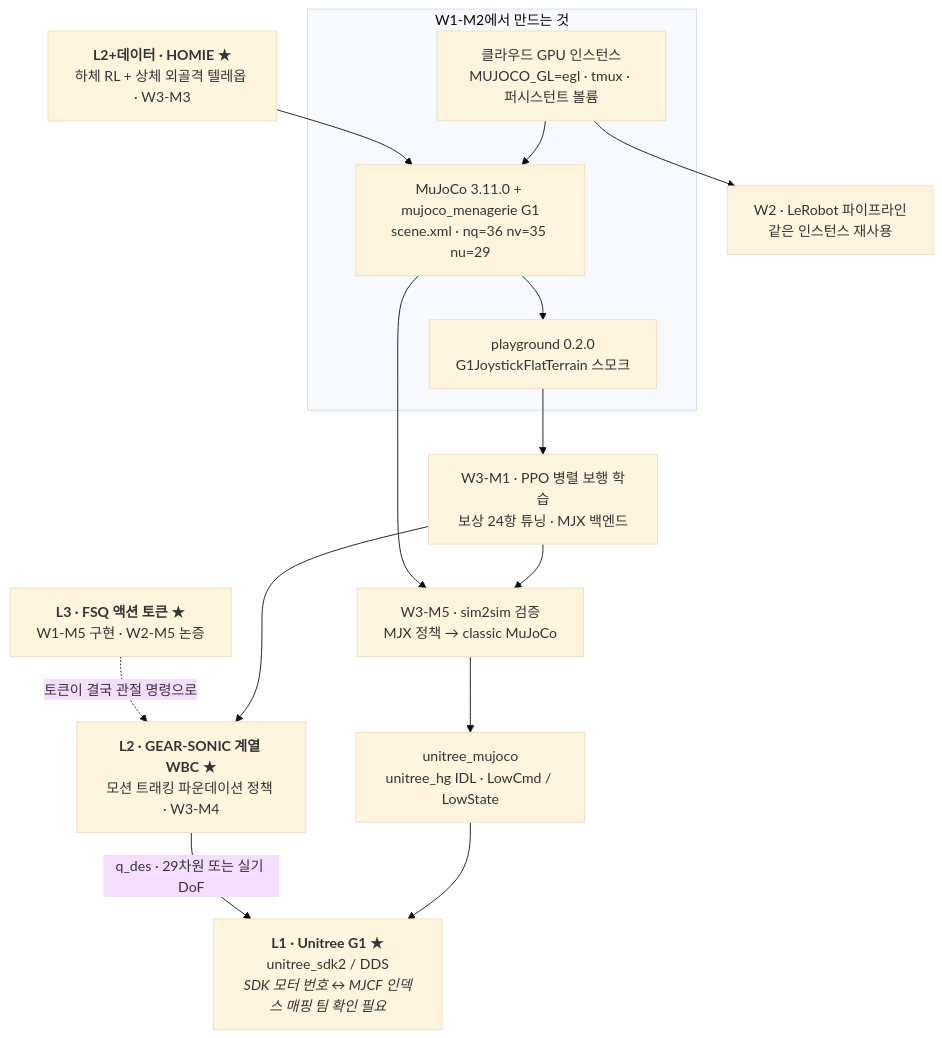
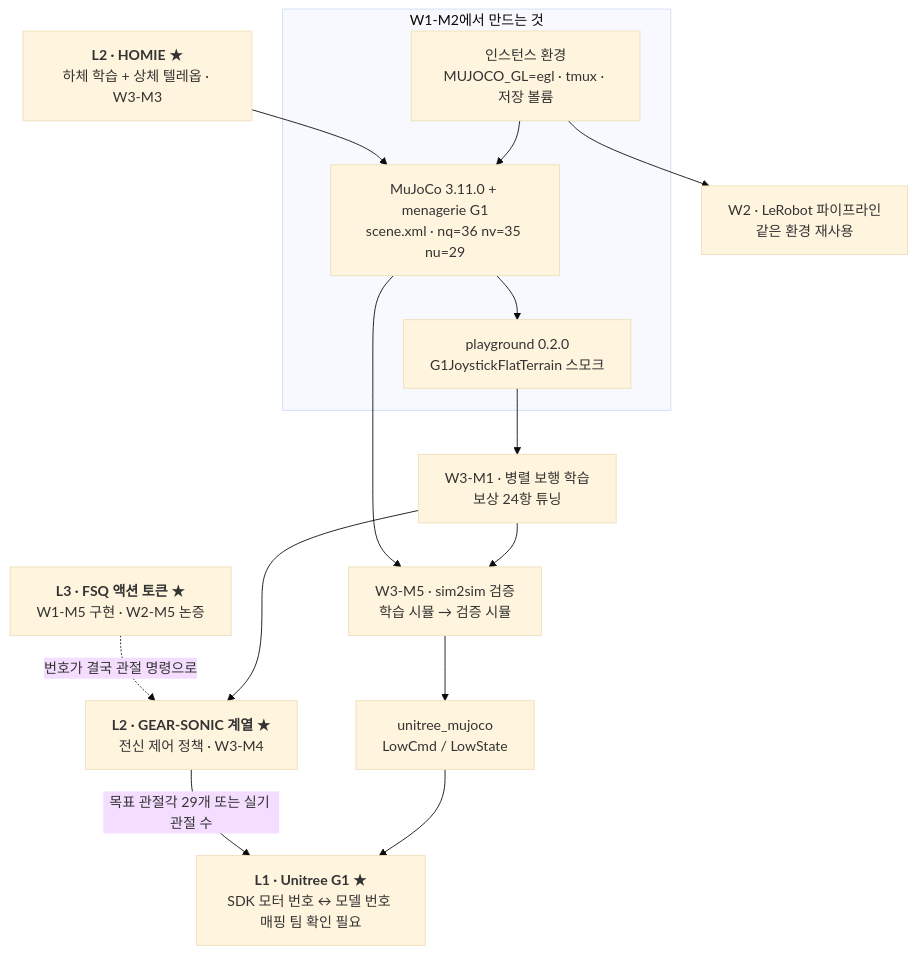
Before and after one commit to sguys99/physical-ai-study: the third of 4 diagrams in course/w1-generative-core/02-simulator-bootcamp/lesson.md, drawn with Mermaid (base theme). The commit also changed other lines of this file and 11 other files, not shown here.

````diff
--- a/course/w1-generative-core/02-simulator-bootcamp/lesson.md
+++ b/course/w1-generative-core/02-simulator-bootcamp/lesson.md
@@ -643,20 +782,20 @@
 ```mermaid
 flowchart TB
     subgraph M2["W1-M2에서 만드는 것"]
-        ENV["클라우드 GPU 인스턴스<br/>MUJOCO_GL=egl · tmux · 퍼시스턴트 볼륨"]
-        MJ["MuJoCo 3.11.0 + mujoco_menagerie G1<br/>scene.xml · nq=36 nv=35 nu=29"]
+        ENV["인스턴스 환경<br/>MUJOCO_GL=egl · tmux · 저장 볼륨"]
+        MJ["MuJoCo 3.11.0 + menagerie G1<br/>scene.xml · nq=36 nv=35 nu=29"]
         PG["playground 0.2.0<br/>G1JoystickFlatTerrain 스모크"]
     end
     ENV --> MJ
     MJ --> PG
-    ENV --> W2["W2 · LeRobot 파이프라인<br/>같은 인스턴스 재사용"]
-    PG --> W3M1["W3-M1 · PPO 병렬 보행 학습<br/>보상 24항 튜닝 · MJX 백엔드"]
-    W3M1 --> W3M5["W3-M5 · sim2sim 검증<br/>MJX 정책 → classic MuJoCo"]
+    ENV --> W2["W2 · LeRobot 파이프라인<br/>같은 환경 재사용"]
+    PG --> W3M1["W3-M1 · 병렬 보행 학습<br/>보상 24항 튜닝"]
+    W3M1 --> W3M5["W3-M5 · sim2sim 검증<br/>학습 시뮬 → 검증 시뮬"]
     MJ --> W3M5
-    W3M5 --> UM["unitree_mujoco<br/>unitree_hg IDL · LowCmd / LowState"]
-    UM --> G1["<b>L1 · Unitree G1</b> ★<br/>unitree_sdk2 / DDS<br/><i>SDK 모터 번호 ↔ MJCF 인덱스 매핑 팀 확인 필요</i>"]
-    W3M1 --> SONIC["<b>L2 · GEAR-SONIC 계열 WBC</b> ★<br/>모션 트래킹 파운데이션 정책 · W3-M4"]
-    HOMIE["<b>L2+데이터 · HOMIE</b> ★<br/>하체 RL + 상체 외골격 텔레옵 · W3-M3"] --> MJ
-    FSQ["<b>L3 · FSQ 액션 토큰</b> ★<br/>W1-M5 구현 · W2-M5 논증"] -.->|"토큰이 결국 관절 명령으로"| SONIC
-    SONIC -->|"q_des · 29차원 또는 실기 DoF"| G1
+    W3M5 --> UM["unitree_mujoco<br/>LowCmd / LowState"]
+    UM --> G1["<b>L1 · Unitree G1</b> ★<br/>SDK 모터 번호 ↔ 모델 번호 매핑 팀 확인 필요"]
+    W3M1 --> SONIC["<b>L2 · GEAR-SONIC 계열</b> ★<br/>전신 제어 정책 · W3-M4"]
+    HOMIE["<b>L2 · HOMIE</b> ★<br/>하체 학습 + 상체 텔레옵 · W3-M3"] --> MJ
+    FSQ["<b>L3 · FSQ 액션 토큰</b> ★<br/>W1-M5 구현 · W2-M5 논증"] -.->|"번호가 결국 관절 명령으로"| SONIC
+    SONIC -->|"목표 관절각 29개 또는 실기 관절 수"| G1
 ```
````
